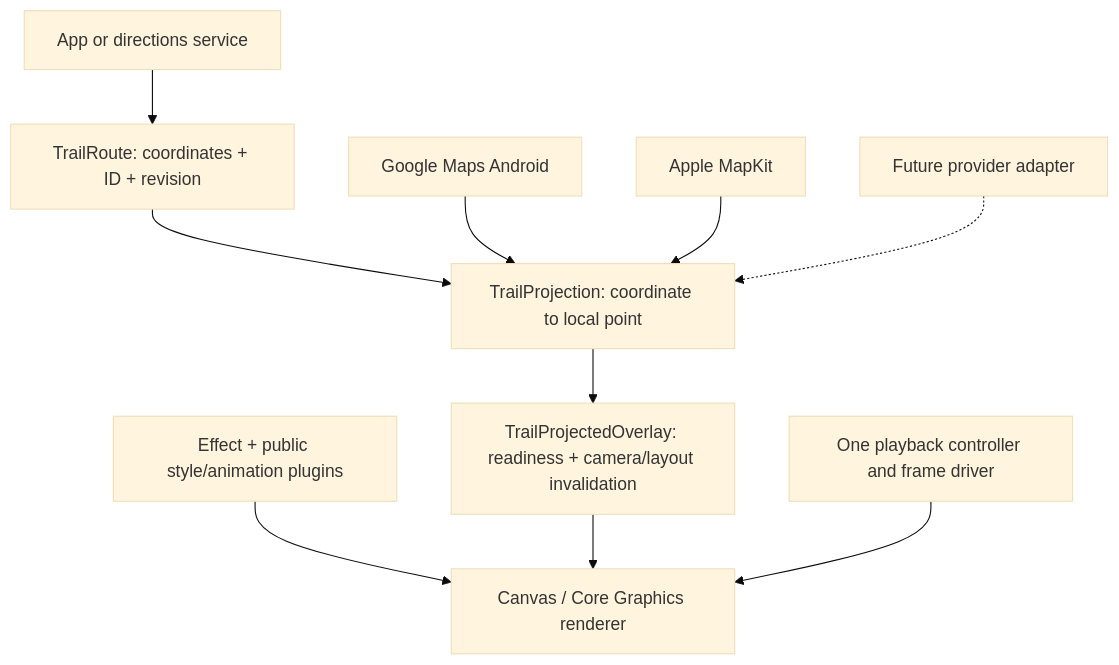
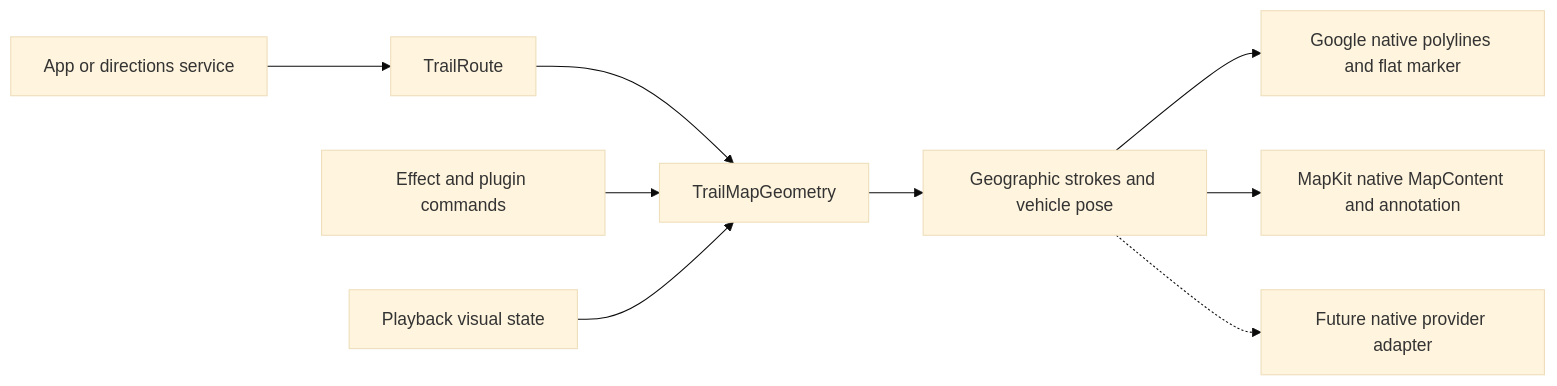
The diagram in docs/MAPS.md (amalChandran/trail-android), drawn with Mermaid (base theme) before and after one commit. The commit also changed other lines of this file and 109 other files, not shown here.

Commit message:
Add native map anchoring, loading-route morphs and lightweight SDK examples; split Swift into trail-ios

````diff
--- a/docs/MAPS.md
+++ b/docs/MAPS.md
@@ -5,12 +5,11 @@
 ```mermaid
-flowchart TD
-    D[App or directions service] --> R[TrailRoute: coordinates + ID + revision]
-    R --> P[TrailProjection: coordinate to local point]
-    G[Google Maps Android] --> P
-    A[Apple MapKit] --> P
-    N[Future provider adapter] -.-> P
-    P --> B[TrailProjectedOverlay: readiness + camera/layout invalidation]
-    E[Effect + public style/animation plugins] --> C[Canvas / Core Graphics renderer]
-    B --> C
-    T[One playback controller and frame driver] --> C
+flowchart LR
+    D[App or directions service] --> R[TrailRoute]
+    R --> G[TrailMapGeometry]
+    E[Effect and plugin commands] --> G
+    P[Playback visual state] --> G
+    G --> N[Geographic strokes and vehicle pose]
+    N --> A[Google native polylines and flat marker]
+    N --> I[MapKit native MapContent and annotation]
+    N -.-> F[Future native provider adapter]
 ```
````
